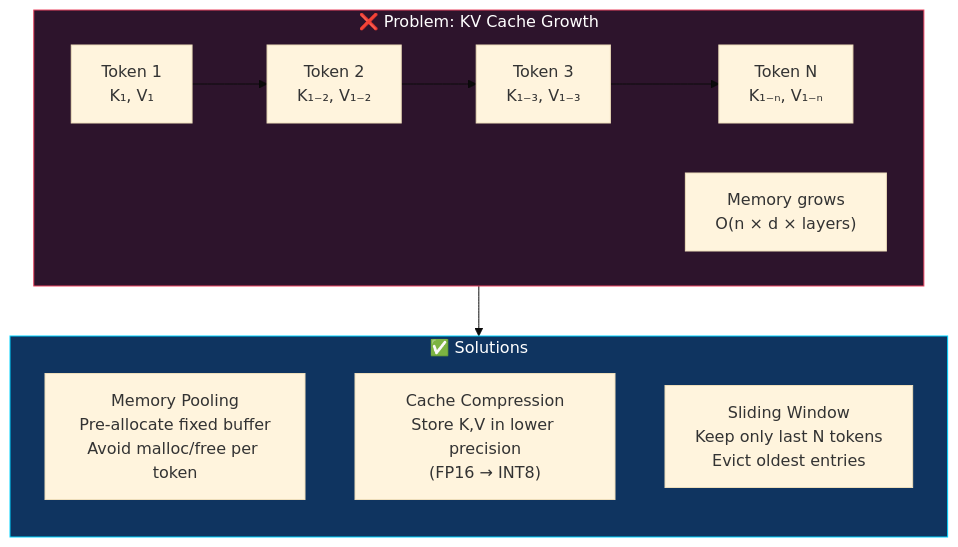
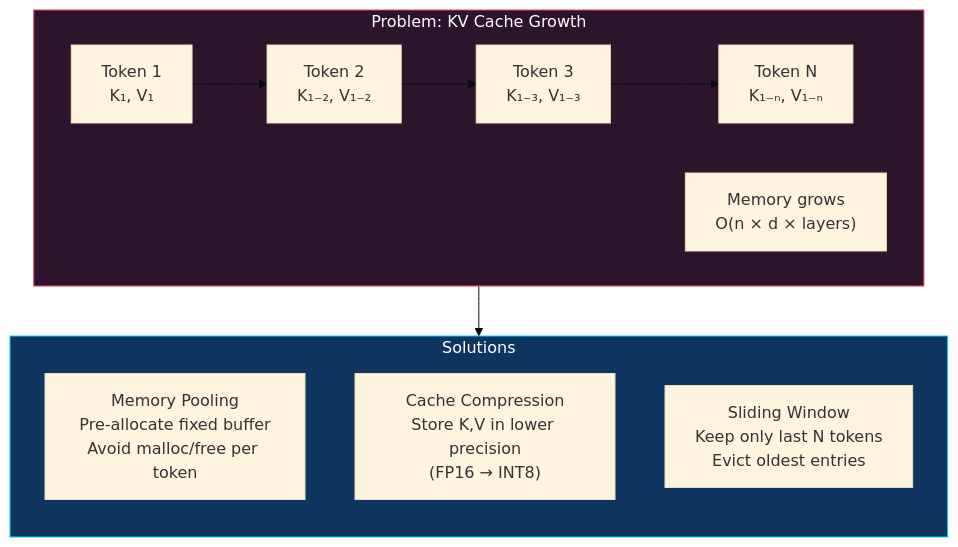
Diagram 14 of 25 in docs/project_documentation.md (ch09/Low_Latency_Inference_optimization_LLM-LL_LLM-), drawn with Mermaid (base theme) before and after one commit. The commit also changed other lines of this file and 1 other file, not shown here.

````diff
--- a/docs/project_documentation.md
+++ b/docs/project_documentation.md
@@ -521,20 +521,20 @@
 ```mermaid
 flowchart TB
-    subgraph Problem["❌ Problem: KV Cache Growth"]
+    subgraph Problem["Problem: KV Cache Growth"]
         direction LR
         T1["Token 1<br/>K₁, V₁"] --> T2["Token 2<br/>K₁₋₂, V₁₋₂"] --> T3["Token 3<br/>K₁₋₃, V₁₋₃"] --> TN["Token N<br/>K₁₋ₙ, V₁₋ₙ"]
         MEM["Memory grows<br/>O(n × d × layers)"]
     end
 
-    subgraph Solutions["✅ Solutions"]
+    subgraph Solutions["Solutions"]
         direction TB
         POOL["Memory Pooling<br/>Pre-allocate fixed buffer<br/>Avoid malloc/free per token"]
         COMPRESS["Cache Compression<br/>Store K,V in lower precision<br/>(FP16 → INT8)"]
         EVICT["Sliding Window<br/>Keep only last N tokens<br/>Evict oldest entries"]
     end
 
     Problem --> Solutions
 
     style Problem fill:#2d142c,stroke:#e94560,color:#fff
     style Solutions fill:#0f3460,stroke:#00d4ff,color:#fff
 ```
````
